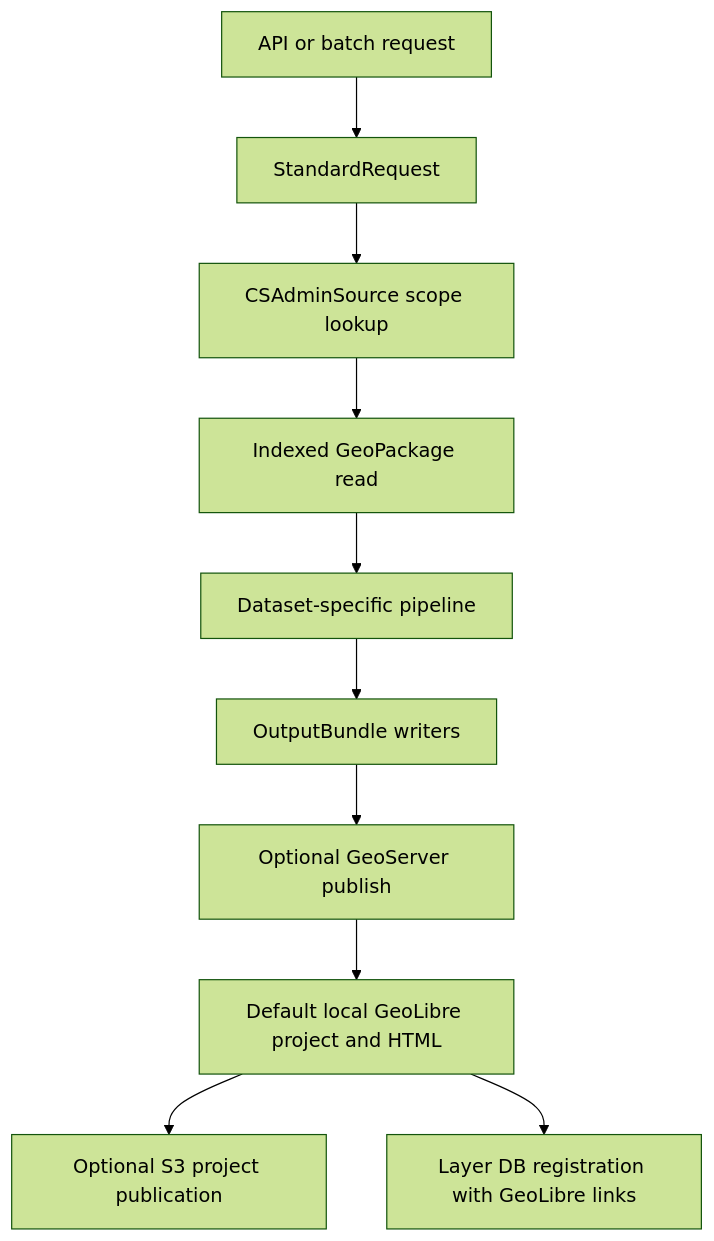
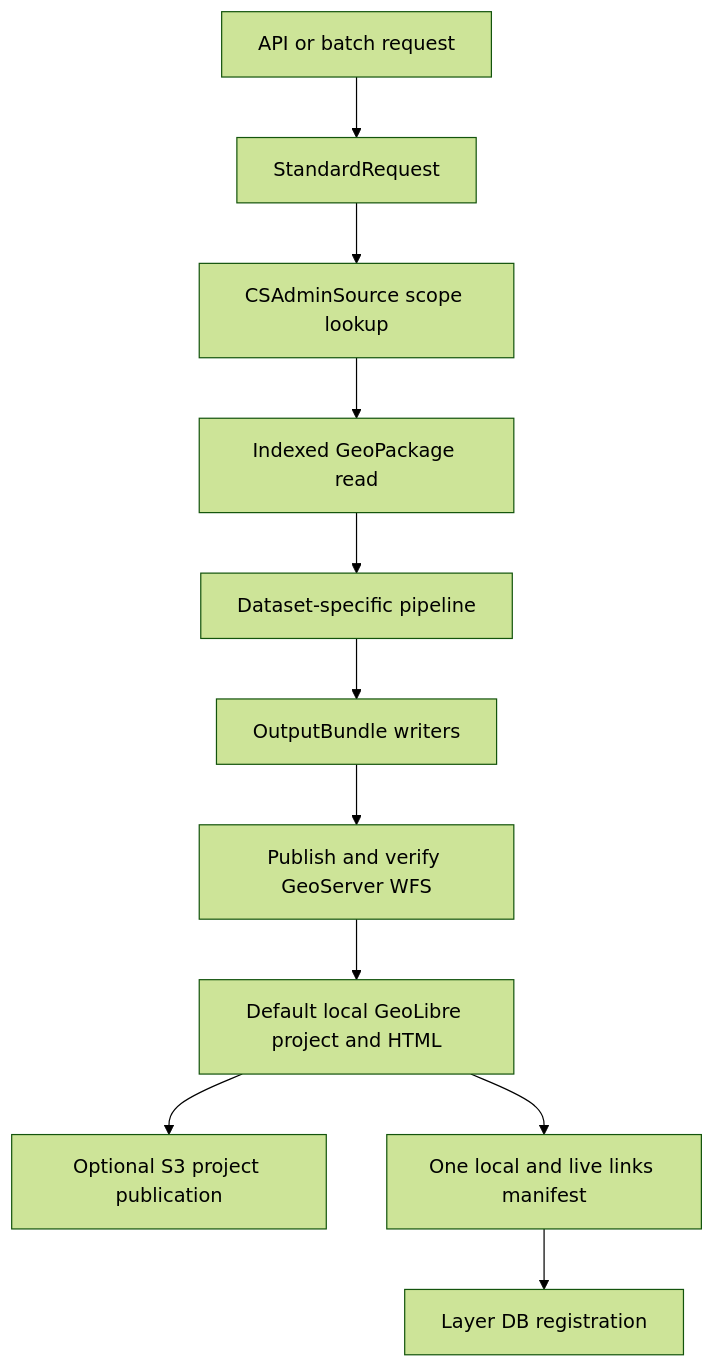
Before and after one commit to core-stack-org/core-stack-backend: the diagram in computing/misc/local_pipeline/README.md, drawn with Mermaid (forest theme). The commit also changed other lines of this file and 16 other files, not shown here.

Commit message:
Finalize GeoPackage and GeoLibre output contracts

````diff
--- a/computing/misc/local_pipeline/README.md
+++ b/computing/misc/local_pipeline/README.md
@@ -18,12 +18,13 @@
 ```mermaid
 flowchart TD
     A[API or batch request] --> B[StandardRequest]
     B --> C[CSAdminSource scope lookup]
     C --> D[Indexed GeoPackage read]
     D --> E[Dataset-specific pipeline]
     E --> F[OutputBundle writers]
-    F --> G[Optional GeoServer publish]
+    F --> G[Publish and verify GeoServer WFS]
     G --> H[Default local GeoLibre project and HTML]
     H --> I[Optional S3 project publication]
-    H --> J[Layer DB registration with GeoLibre links]
+    H --> J[One local and live links manifest]
+    J --> K[Layer DB registration]
 ```
````
